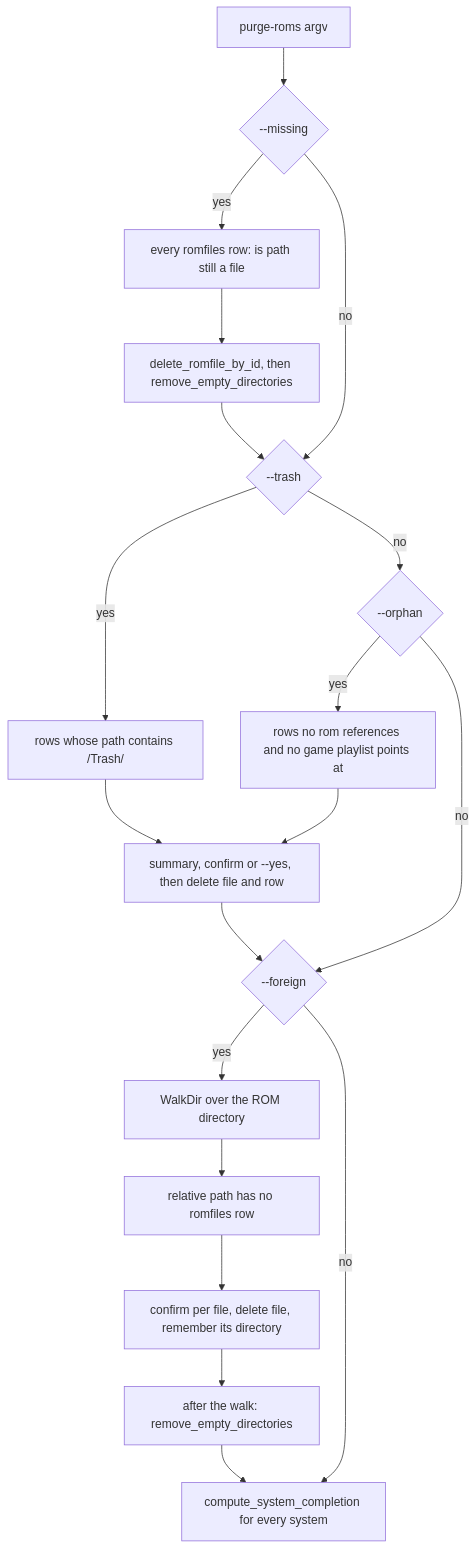
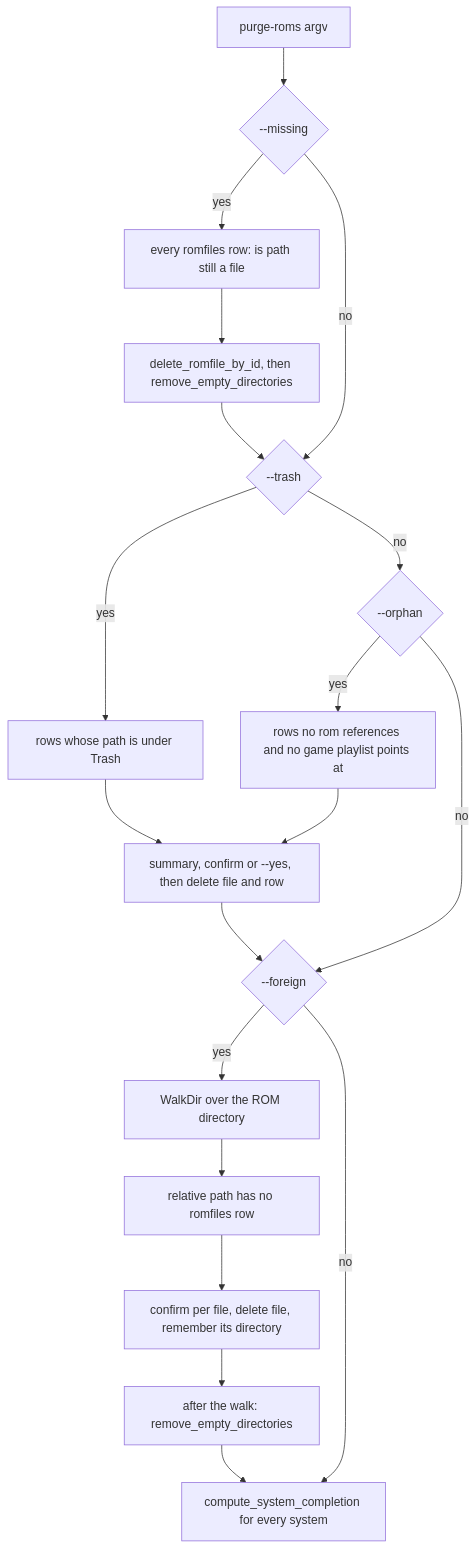
The second of 2 diagrams in openwiki/workflows/integrity-check-and-purge.md (alucryd/oxyromon), drawn with Mermaid before and after one commit. The commit also changed other lines of this file and 69 other files, not shown here.

````diff
--- a/openwiki/workflows/integrity-check-and-purge.md
+++ b/openwiki/workflows/integrity-check-and-purge.md
@@ -226,21 +279,21 @@
 ```mermaid
 flowchart TD
     A["purge-roms argv"] --> B{"--missing"}
     B -->|yes| C["every romfiles row: is path still a file"]
     C --> D["delete_romfile_by_id, then remove_empty_directories"]
     B -->|no| E{"--trash"}
     D --> E
-    E -->|yes| F["rows whose path contains /Trash/"]
+    E -->|yes| F["rows whose path is under Trash"]
     E -->|no| G{"--orphan"}
     F --> H["summary, confirm or --yes, then delete file and row"]
     G -->|yes| I["rows no rom references and no game playlist points at"]
     G -->|no| J{"--foreign"}
     I --> H
     H --> J
     J -->|yes| K["WalkDir over the ROM directory"]
     J -->|no| L["compute_system_completion for every system"]
     K --> M["relative path has no romfiles row"]
     M --> N["confirm per file, delete file, remember its directory"]
     N --> O["after the walk: remove_empty_directories"]
     O --> L
 ```
````
